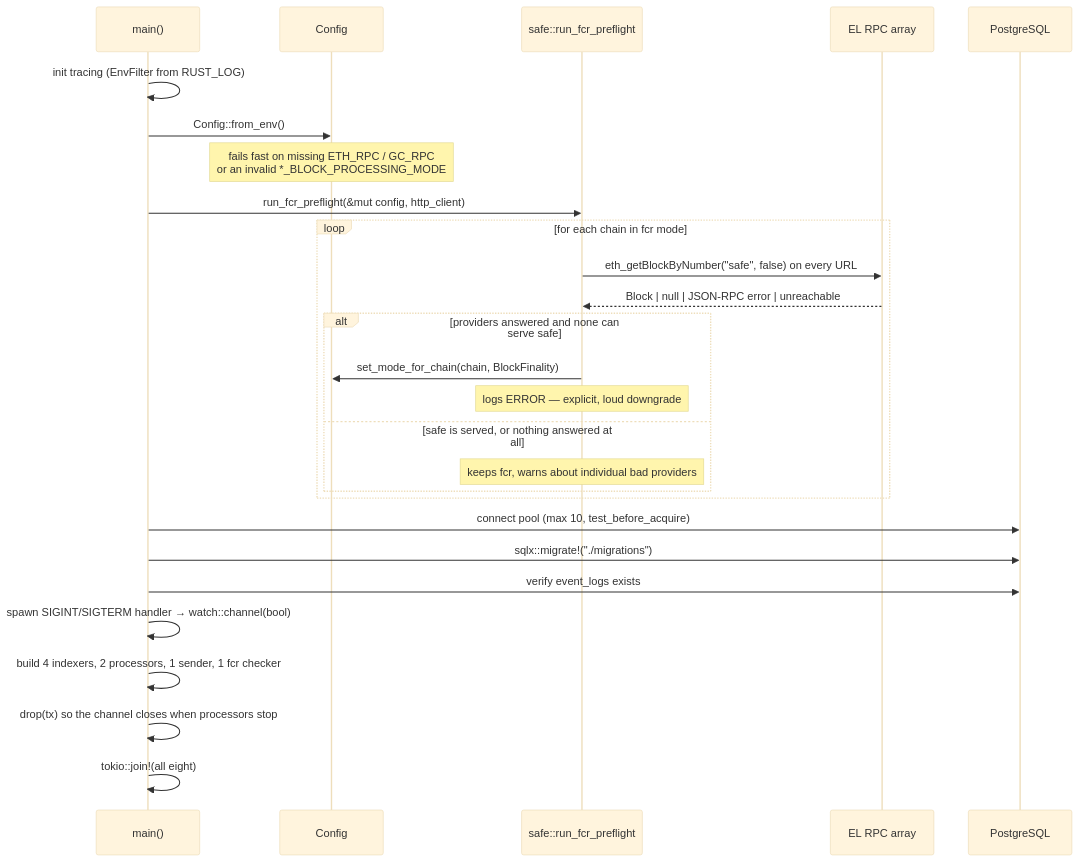
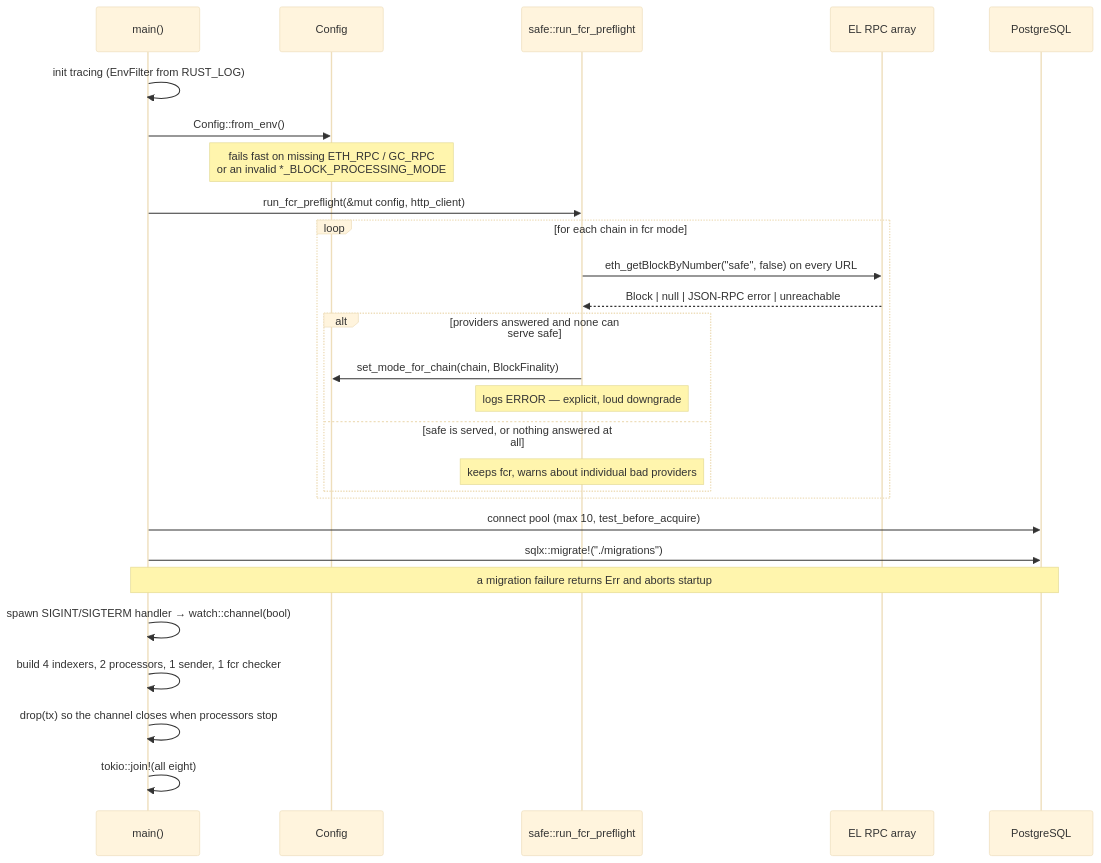
One commit to gnosischain/bridge-validator changed the second of 7 diagrams in TECHNICAL_WORKFLOW.md. Above: the diagram before and after it, drawn with Mermaid (base theme). The commit also changed other lines of this file and 6 other files, not shown here.

````diff
--- a/TECHNICAL_WORKFLOW.md
+++ b/TECHNICAL_WORKFLOW.md
@@ -150,30 +150,30 @@
 ```mermaid
 sequenceDiagram
     participant M as main()
     participant Cfg as Config
     participant PF as safe::run_fcr_preflight
     participant RPC as EL RPC array
     participant PG as PostgreSQL
 
     M->>M: init tracing (EnvFilter from RUST_LOG)
     M->>Cfg: Config::from_env()
     Note over Cfg: fails fast on missing ETH_RPC / GC_RPC<br/>or an invalid *_BLOCK_PROCESSING_MODE
     M->>PF: run_fcr_preflight(&mut config, http_client)
     loop for each chain in fcr mode
         PF->>RPC: eth_getBlockByNumber("safe", false) on every URL
         RPC-->>PF: Block | null | JSON-RPC error | unreachable
         alt providers answered and none can serve safe
             PF->>Cfg: set_mode_for_chain(chain, BlockFinality)
             Note over PF: logs ERROR — explicit, loud downgrade
         else safe is served, or nothing answered at all
             Note over PF: keeps fcr, warns about individual bad providers
         end
     end
     M->>PG: connect pool (max 10, test_before_acquire)
     M->>PG: sqlx::migrate!("./migrations")
-    M->>PG: verify event_logs exists
+    Note over M,PG: a migration failure returns Err and aborts startup
     M->>M: spawn SIGINT/SIGTERM handler → watch::channel(bool)
     M->>M: build 4 indexers, 2 processors, 1 sender, 1 fcr checker
     M->>M: drop(tx) so the channel closes when processors stop
     M->>M: tokio::join!(all eight)
 ```
````
